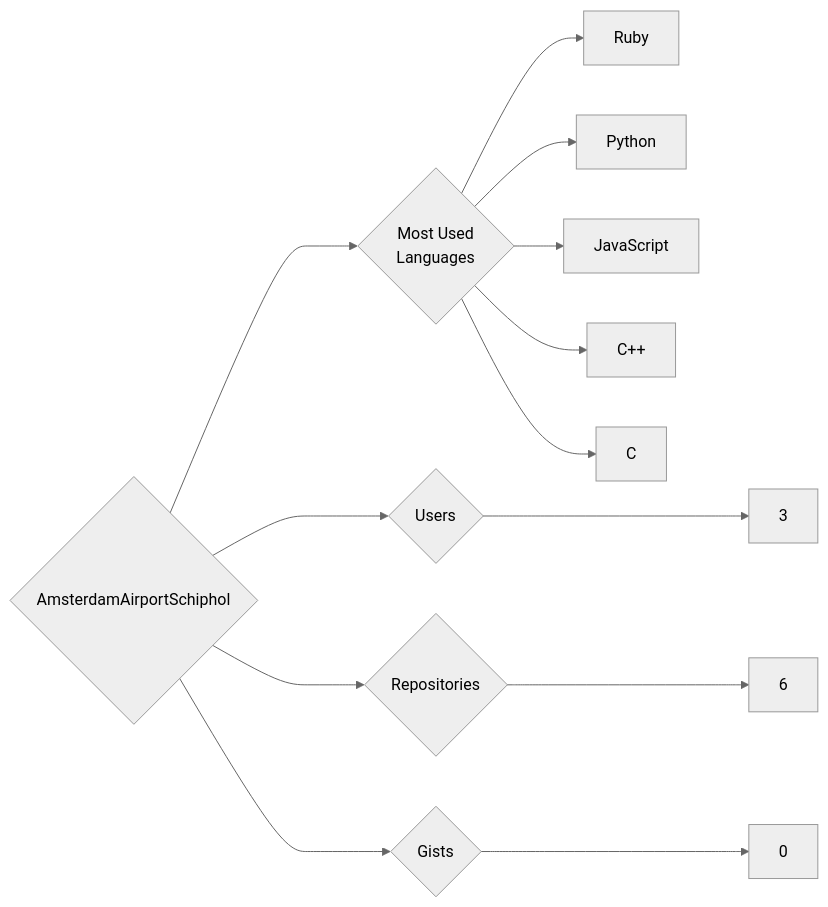
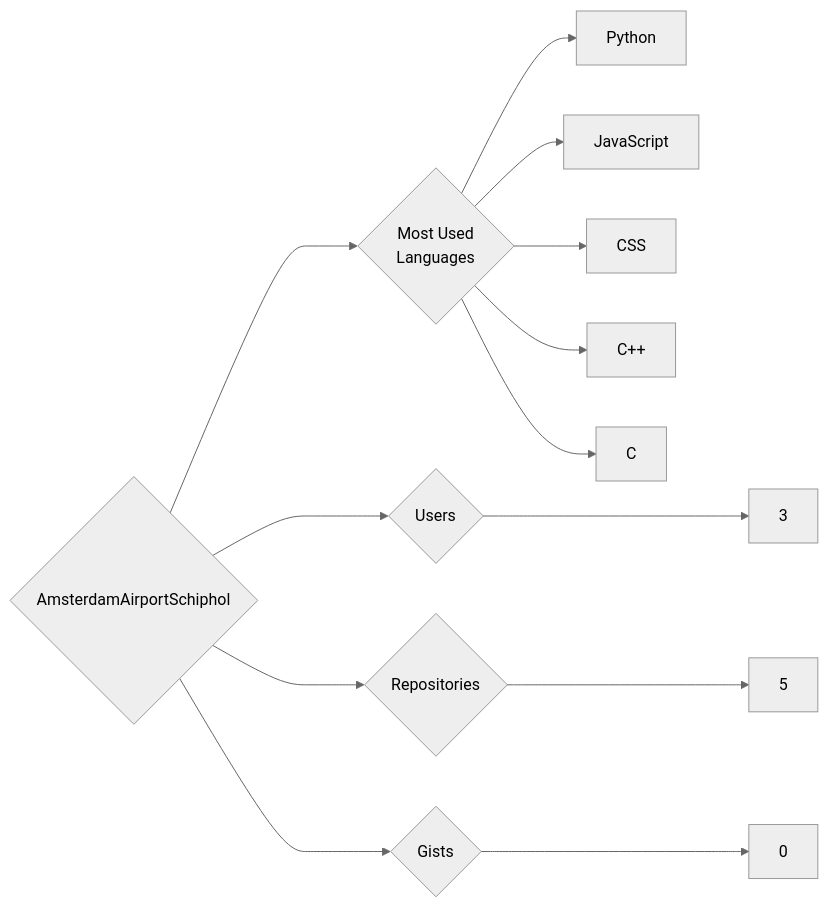
One commit to trickest/insiders changed the diagram in targets/AmsterdamAirportSchiphol/README.md. Above: the diagram before and after it, drawn with Mermaid (neutral theme). The commit also changed 1195 other files, not shown here.

````diff
--- a/targets/AmsterdamAirportSchiphol/README.md
+++ b/targets/AmsterdamAirportSchiphol/README.md
@@ -3,13 +3,13 @@
 ```mermaid
 graph LR
 COMPANY_NAME{AmsterdamAirportSchiphol}
 COMPANY_NAME ---> U{Users} ---> UN[3]
-COMPANY_NAME ---> R{Repositories} ---> RN[6]
+COMPANY_NAME ---> R{Repositories} ---> RN[5]
 COMPANY_NAME ---> G{Gists} ---> GN[0]
 COMPANY_NAME ---> ML{Most Used<br>Languages}
-ML --> Ruby[Ruby]
 ML --> Python[Python]
 ML --> JavaScript[JavaScript]
+ML --> CSS[CSS]
 ML --> C++[C++]
 ML --> C[C]
 ```
````
